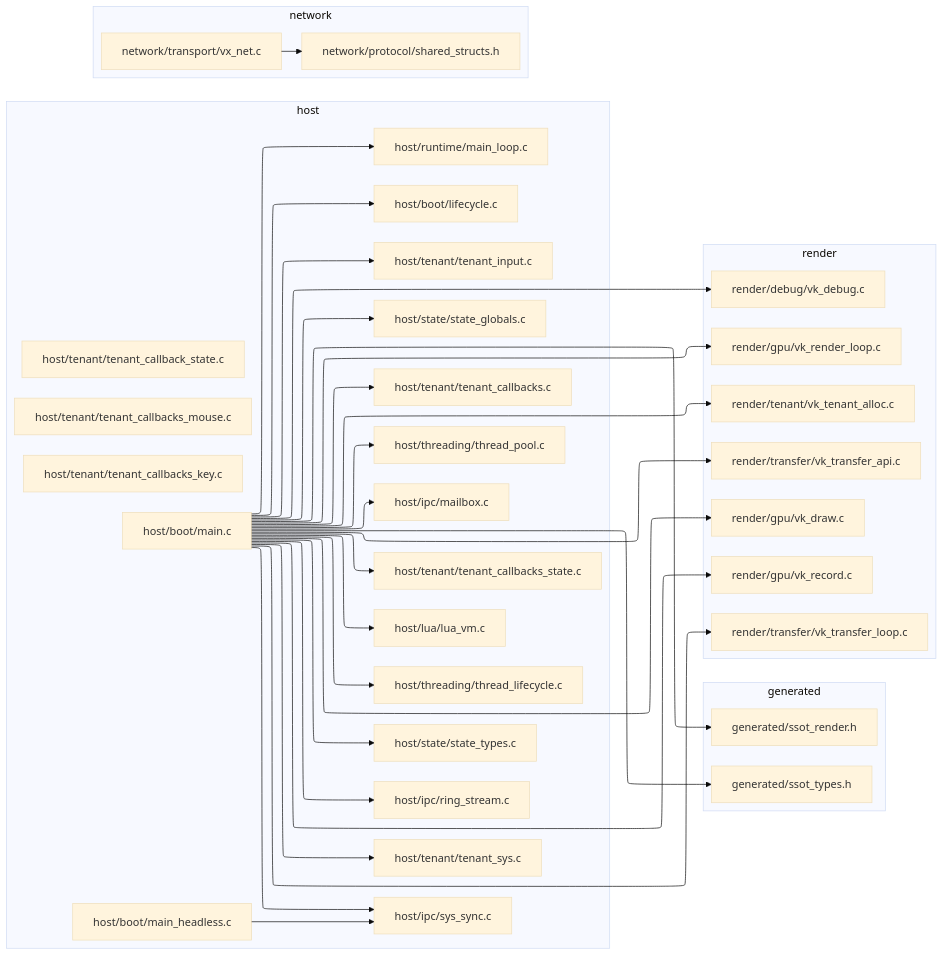
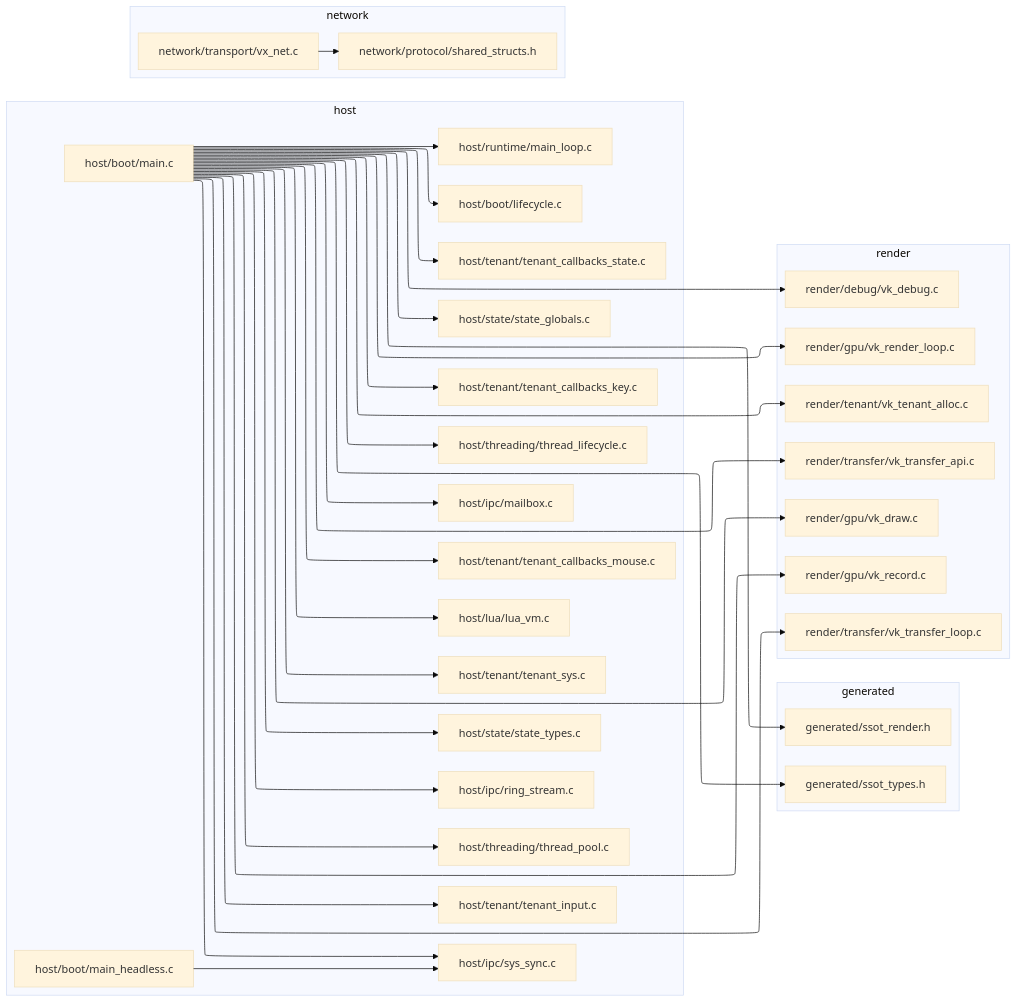
Before and after one commit to beyondbrokkoli/demo_engine: the diagram in docs/deps_c.md, drawn with Mermaid (base theme). The commit also changed 6 other files, not shown here.

````diff
--- a/docs/deps_c.md
+++ b/docs/deps_c.md
@@ -1,68 +1,67 @@
 ```mermaid
 %%{init: {"flowchart": {"defaultRenderer": "elk"}}}%%
 flowchart LR
     %% WeaverEngine C Dependencies
     subgraph generated
         generated_ssot_render_h["generated/ssot_render.h"]
         generated_ssot_types_h["generated/ssot_types.h"]
     end
     subgraph host
         host_boot_lifecycle_c["host/boot/lifecycle.c"]
         host_boot_main_c["host/boot/main.c"]
         host_boot_main_headless_c["host/boot/main_headless.c"]
         host_ipc_mailbox_c["host/ipc/mailbox.c"]
         host_ipc_ring_stream_c["host/ipc/ring_stream.c"]
         host_ipc_sys_sync_c["host/ipc/sys_sync.c"]
         host_lua_lua_vm_c["host/lua/lua_vm.c"]
         host_runtime_main_loop_c["host/runtime/main_loop.c"]
         host_state_state_globals_c["host/state/state_globals.c"]
         host_state_state_types_c["host/state/state_types.c"]
-        host_tenant_tenant_callback_state_c["host/tenant/tenant_callback_state.c"]
-        host_tenant_tenant_callbacks_c["host/tenant/tenant_callbacks.c"]
         host_tenant_tenant_callbacks_key_c["host/tenant/tenant_callbacks_key.c"]
         host_tenant_tenant_callbacks_mouse_c["host/tenant/tenant_callbacks_mouse.c"]
         host_tenant_tenant_callbacks_state_c["host/tenant/tenant_callbacks_state.c"]
         host_tenant_tenant_input_c["host/tenant/tenant_input.c"]
         host_tenant_tenant_sys_c["host/tenant/tenant_sys.c"]
         host_threading_thread_lifecycle_c["host/threading/thread_lifecycle.c"]
         host_threading_thread_pool_c["host/threading/thread_pool.c"]
     end
     subgraph network
         network_protocol_shared_structs_h["network/protocol/shared_structs.h"]
         network_transport_vx_net_c["network/transport/vx_net.c"]
     end
     subgraph render
         render_debug_vk_debug_c["render/debug/vk_debug.c"]
         render_gpu_vk_draw_c["render/gpu/vk_draw.c"]
         render_gpu_vk_record_c["render/gpu/vk_record.c"]
         render_gpu_vk_render_loop_c["render/gpu/vk_render_loop.c"]
         render_tenant_vk_tenant_alloc_c["render/tenant/vk_tenant_alloc.c"]
         render_transfer_vk_transfer_api_c["render/transfer/vk_transfer_api.c"]
         render_transfer_vk_transfer_loop_c["render/transfer/vk_transfer_loop.c"]
     end
     host_boot_main_c --> generated_ssot_render_h
     host_boot_main_c --> generated_ssot_types_h
     host_boot_main_c --> host_boot_lifecycle_c
     host_boot_main_c --> host_ipc_mailbox_c
     host_boot_main_c --> host_ipc_ring_stream_c
     host_boot_main_c --> host_ipc_sys_sync_c
     host_boot_main_c --> host_lua_lua_vm_c
     host_boot_main_c --> host_runtime_main_loop_c
     host_boot_main_c --> host_state_state_globals_c
     host_boot_main_c --> host_state_state_types_c
-    host_boot_main_c --> host_tenant_tenant_callbacks_c
+    host_boot_main_c --> host_tenant_tenant_callbacks_key_c
+    host_boot_main_c --> host_tenant_tenant_callbacks_mouse_c
     host_boot_main_c --> host_tenant_tenant_callbacks_state_c
     host_boot_main_c --> host_tenant_tenant_input_c
     host_boot_main_c --> host_tenant_tenant_sys_c
     host_boot_main_c --> host_threading_thread_lifecycle_c
     host_boot_main_c --> host_threading_thread_pool_c
     host_boot_main_c --> render_debug_vk_debug_c
     host_boot_main_c --> render_gpu_vk_draw_c
     host_boot_main_c --> render_gpu_vk_record_c
     host_boot_main_c --> render_gpu_vk_render_loop_c
     host_boot_main_c --> render_tenant_vk_tenant_alloc_c
     host_boot_main_c --> render_transfer_vk_transfer_api_c
     host_boot_main_c --> render_transfer_vk_transfer_loop_c
     host_boot_main_headless_c --> host_ipc_sys_sync_c
     network_transport_vx_net_c --> network_protocol_shared_structs_h
 ```
````
